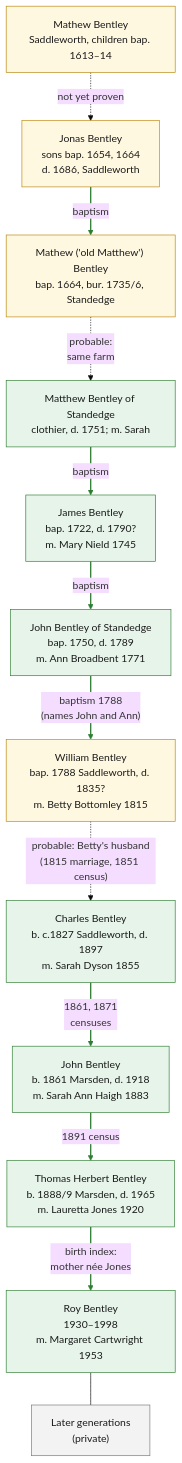
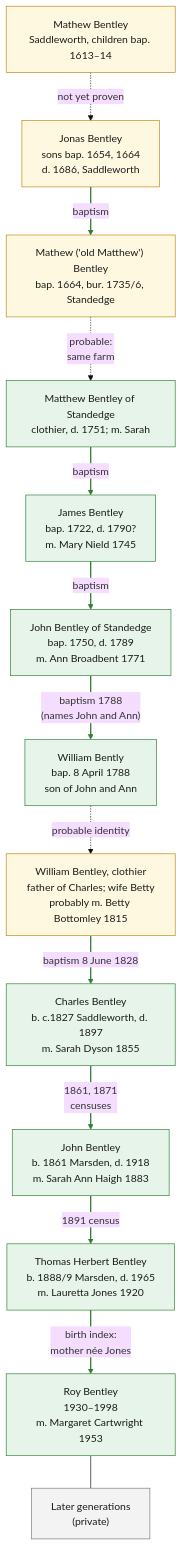
One commit to OPISGUY/Bentley-Family-History changed the diagram in family-tree.md. Above: the diagram before and after it, drawn with Mermaid (base theme). The commit also changed other lines of this file, not shown here.

Commit message:
Update family-tree.md with free-source baptism finding and remaining uncertainty

````diff
--- a/family-tree.md
+++ b/family-tree.md
@@ -18,33 +18,35 @@
 ```mermaid
 flowchart TD
     classDef found fill:#e6f4ea,stroke:#2e7d32,color:#1b1b1b
     classDef probable fill:#fff8e1,stroke:#b8860b,color:#1b1b1b
     classDef gap fill:#f3f3f3,stroke:#777777,color:#1b1b1b
 
     A1["Mathew Bentley<br/>Saddleworth, children bap. 1613–14"]:::probable
     A2["Jonas Bentley<br/>sons bap. 1654, 1664<br/>d. 1686, Saddleworth"]:::probable
     A3["Mathew ('old Matthew') Bentley<br/>bap. 1664, bur. 1735/6, Standedge"]:::probable
     A4["Matthew Bentley of Standedge<br/>clothier, d. 1751; m. Sarah"]:::found
     A5["James Bentley<br/>bap. 1722, d. 1790?<br/>m. Mary Nield 1745"]:::found
     A6["John Bentley of Standedge<br/>bap. 1750, d. 1789<br/>m. Ann Broadbent 1771"]:::found
-    B1["William Bentley<br/>bap. 1788 Saddleworth, d. 1835?<br/>m. Betty Bottomley 1815"]:::probable
+    B1["William Bently<br/>bap. 8 April 1788<br/>son of John and Ann"]:::found
+    BF["William Bentley, clothier<br/>father of Charles; wife Betty<br/>probably m. Betty Bottomley 1815"]:::probable
     B2["Charles Bentley<br/>b. c.1827 Saddleworth, d. 1897<br/>m. Sarah Dyson 1855"]:::found
     B3["John Bentley<br/>b. 1861 Marsden, d. 1918<br/>m. Sarah Ann Haigh 1883"]:::found
     B4["Thomas Herbert Bentley<br/>b. 1888/9 Marsden, d. 1965<br/>m. Lauretta Jones 1920"]:::found
     B5["Roy Bentley<br/>1930–1998<br/>m. Margaret Cartwright 1953"]:::found
     P["Later generations<br/>(private)"]:::gap
 
     A1 -.->|not yet proven| A2
     A2 -->|baptism| A3
     A3 -.->|"probable:<br/>same farm"| A4
     A4 -->|baptism| A5
     A5 -->|baptism| A6
     A6 -->|"baptism 1788<br/>(names John and Ann)"| B1
-    B1 -.->|"probable: Betty's husband<br/>(1815 marriage, 1851 census)"| B2
+    B1 -.->|"probable identity"| BF
+    BF -->|"baptism 8 June 1828"| B2
     B2 -->|"1861, 1871<br/>censuses"| B3
     B3 -->|"1891 census"| B4
     B4 -->|"birth index:<br/>mother née Jones"| B5
     B5 --- P
 
-    linkStyle 1,3,4,5,7,8,9 stroke:#2e7d32,stroke-width:2px
+    linkStyle 1,3,4,5,7,8,9,10 stroke:#2e7d32,stroke-width:2px
 ```
````
